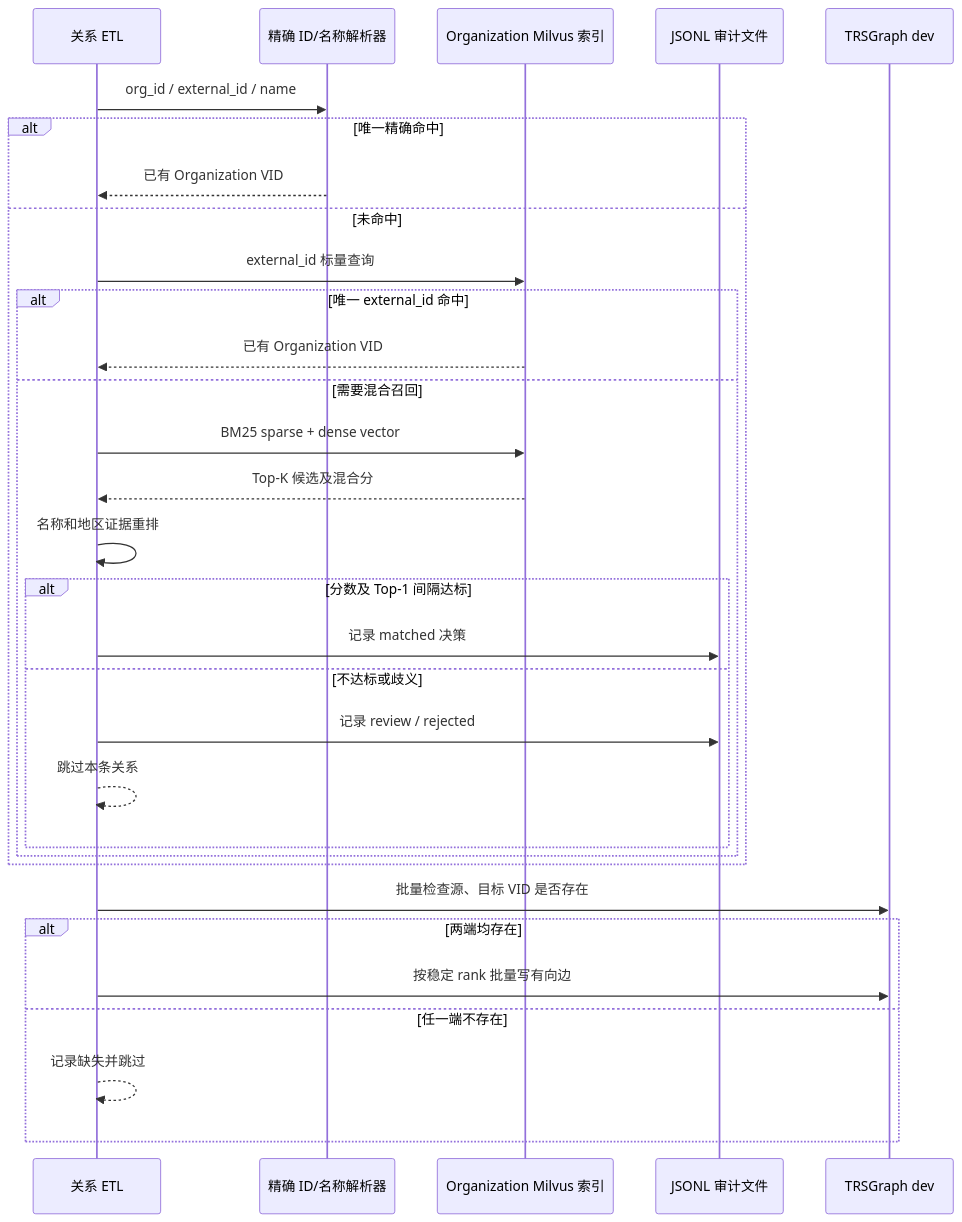
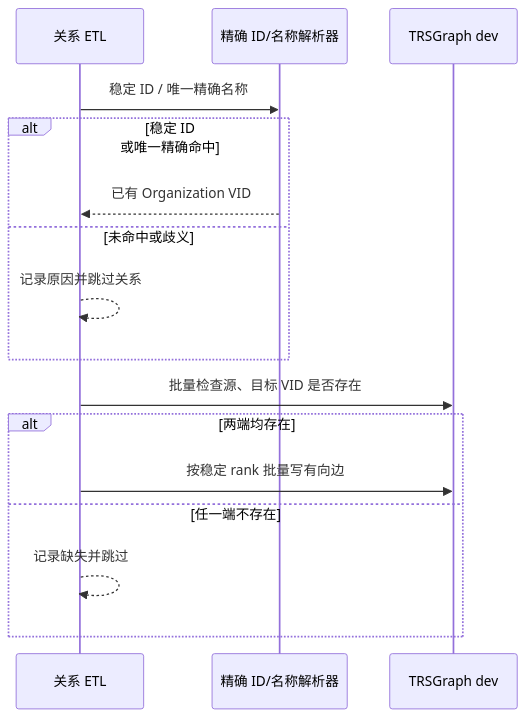
Before and after one commit to Marisolebxf/tech-kg-api: the second of 2 diagrams in backend/schemas/国内外机构Milvus索引与实体对齐说明.md, drawn with Mermaid. The commit also changed other lines of this file and 11 other files, not shown here.

````diff
--- a/backend/schemas/国内外机构Milvus索引与实体对齐说明.md
+++ b/backend/schemas/国内外机构Milvus索引与实体对齐说明.md
@@ -88,34 +82,19 @@
 ```mermaid
 sequenceDiagram
     participant ETL as 关系 ETL
     participant Exact as 精确 ID/名称解析器
-    participant Milvus as Organization Milvus 索引
-    participant Audit as JSONL 审计文件
     participant Graph as TRSGraph dev
 
-    ETL->>Exact: org_id / external_id / name
-    alt 唯一精确命中
+    ETL->>Exact: 稳定 ID / 唯一精确名称
+    alt 稳定 ID 或唯一精确命中
         Exact-->>ETL: 已有 Organization VID
-    else 未命中
-        ETL->>Milvus: external_id 标量查询
-        alt 唯一 external_id 命中
-            Milvus-->>ETL: 已有 Organization VID
-        else 需要混合召回
-            ETL->>Milvus: BM25 sparse + dense vector
-            Milvus-->>ETL: Top-K 候选及混合分
-            ETL->>ETL: 名称和地区证据重排
-            alt 分数及 Top-1 间隔达标
-                ETL->>Audit: 记录 matched 决策
-            else 不达标或歧义
-                ETL->>Audit: 记录 review / rejected
-                ETL-->>ETL: 跳过本条关系
-            end
-        end
+    else 未命中或歧义
+        ETL-->>ETL: 记录原因并跳过关系
     end
     ETL->>Graph: 批量检查源、目标 VID 是否存在
     alt 两端均存在
         ETL->>Graph: 按稳定 rank 批量写有向边
     else 任一端不存在
         ETL-->>ETL: 记录缺失并跳过
     end
 ```
````
